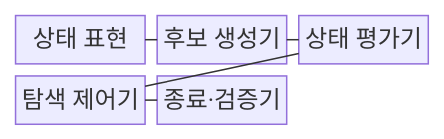
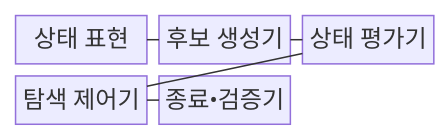
One commit to agnusdei1207/knowledge-base changed the first of 2 diagrams in src/content/docs/notes/08-latest-tech/039_tree_of_thought.md. Above: the diagram before and after it, drawn with Mermaid. The commit also changed other lines of this file and 953 other files, not shown here.

````diff
--- a/src/content/docs/notes/08-latest-tech/039_tree_of_thought.md
+++ b/src/content/docs/notes/08-latest-tech/039_tree_of_thought.md
@@ -70,13 +70,13 @@
 ```mermaid
 block-beta
   columns 3
   state["상태 표현"]
   generator["후보 생성기"]
   evaluator["상태 평가기"]
   controller["탐색 제어기"]
-  verifier["종료·검증기"]
+  verifier["종료•검증기"]
   state --- generator
   generator --- evaluator
   evaluator --- controller
   controller --- verifier
 ```
````
